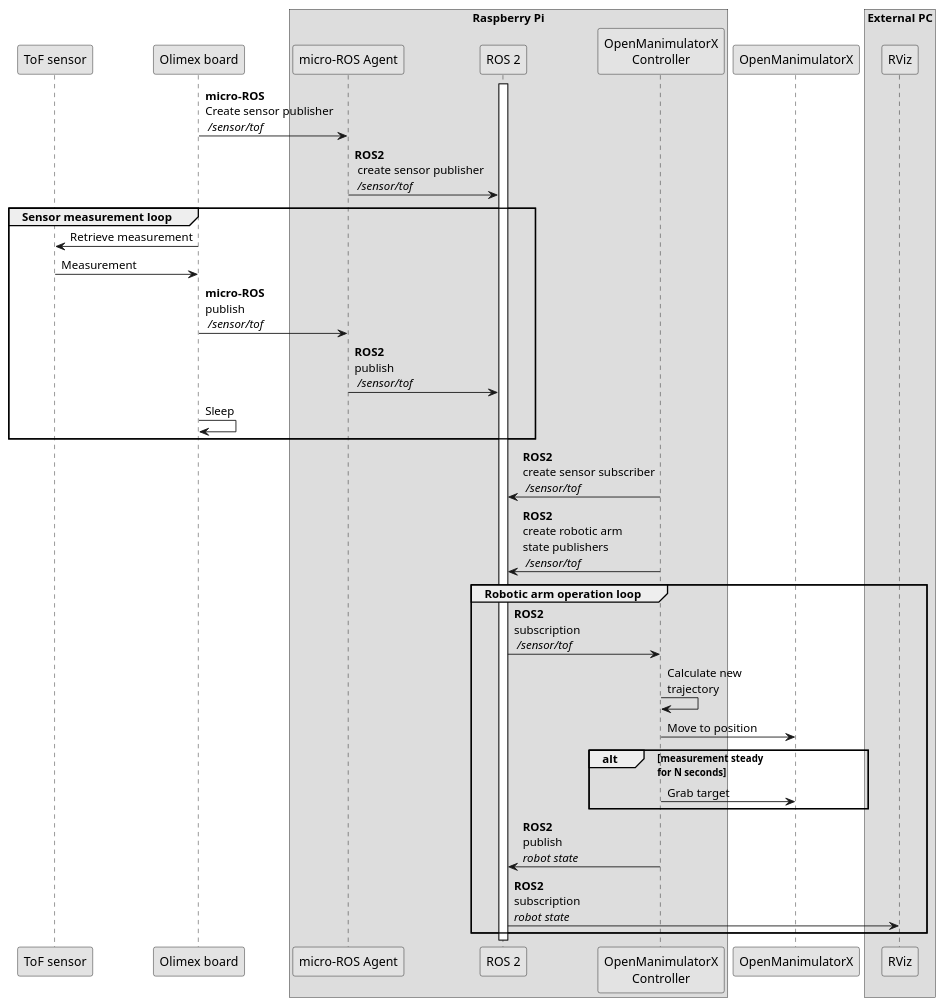
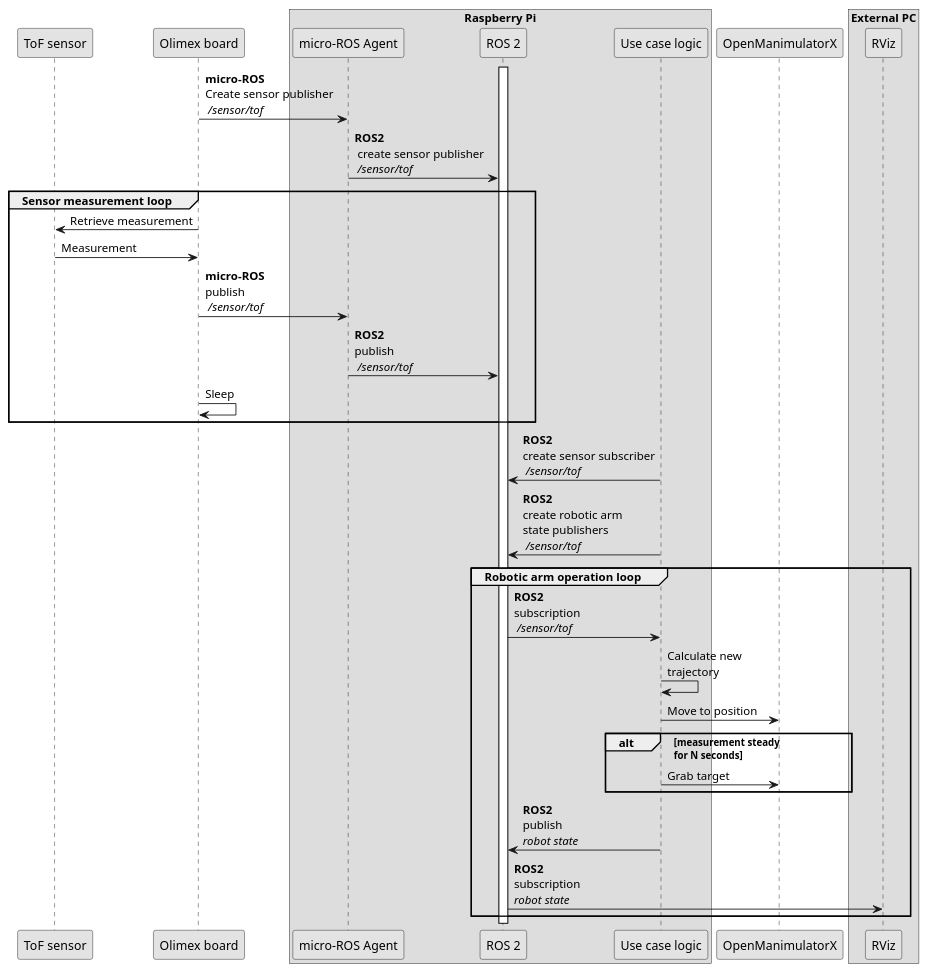
The diagram in assets/diagrams/usecase_diagram.puml (micro-ROS/micro-ROS_openmanipulator_demo), drawn with PlantUML before and after one commit. The commit also changed 5 other files, not shown here.

```diff
--- a/assets/diagrams/usecase_diagram.puml
+++ b/assets/diagrams/usecase_diagram.puml
@@ -2,45 +2,45 @@
 @startuml 
     skinparam backgroundColor #FFF
     skinparam monochrome true
 
     participant "ToF sensor" as tof
     participant "Olimex board" as olimex
     box "Raspberry Pi"
         participant "micro-ROS Agent" as urosagent
         participant "ROS 2" as ros2
-        participant "OpenManimulatorX\nController" as openmanipulator_sf
+        participant "Use case logic" as openmanipulator_sf
     end box
     participant "OpenManimulatorX" as openmanipulator
     box "External PC"
         participant "RViz" as rviz
     end box
 
 
     activate ros2
 
     olimex -> urosagent: **micro-ROS**\nCreate sensor publisher\n ///sensor/tof//
     urosagent -> ros2: **ROS2**\n create sensor publisher\n ///sensor/tof//
     group Sensor measurement loop
         olimex -> tof: Retrieve measurement 
         tof -> olimex: Measurement
         olimex -> urosagent: **micro-ROS**\npublish\n ///sensor/tof//
         urosagent -> ros2: **ROS2**\npublish\n ///sensor/tof//
         olimex -> olimex: Sleep
     end
 
     openmanipulator_sf -> ros2: **ROS2**\ncreate sensor subscriber\n ///sensor/tof//
     openmanipulator_sf -> ros2: **ROS2**\ncreate robotic arm\nstate publishers\n ///sensor/tof//
 
     group Robotic arm operation loop
         ros2 -> openmanipulator_sf: **ROS2**\nsubscription\n ///sensor/tof//
         openmanipulator_sf -> openmanipulator_sf: Calculate new\ntrajectory
         openmanipulator_sf -> openmanipulator: Move to position
         alt measurement steady\nfor N seconds
             openmanipulator_sf -> openmanipulator: Grab target
         end
         openmanipulator_sf -> ros2: **ROS2**\npublish\n//robot state//
         ros2 -> rviz: **ROS2**\nsubscription\n//robot state//
 
     end
 
 @enduml
```
